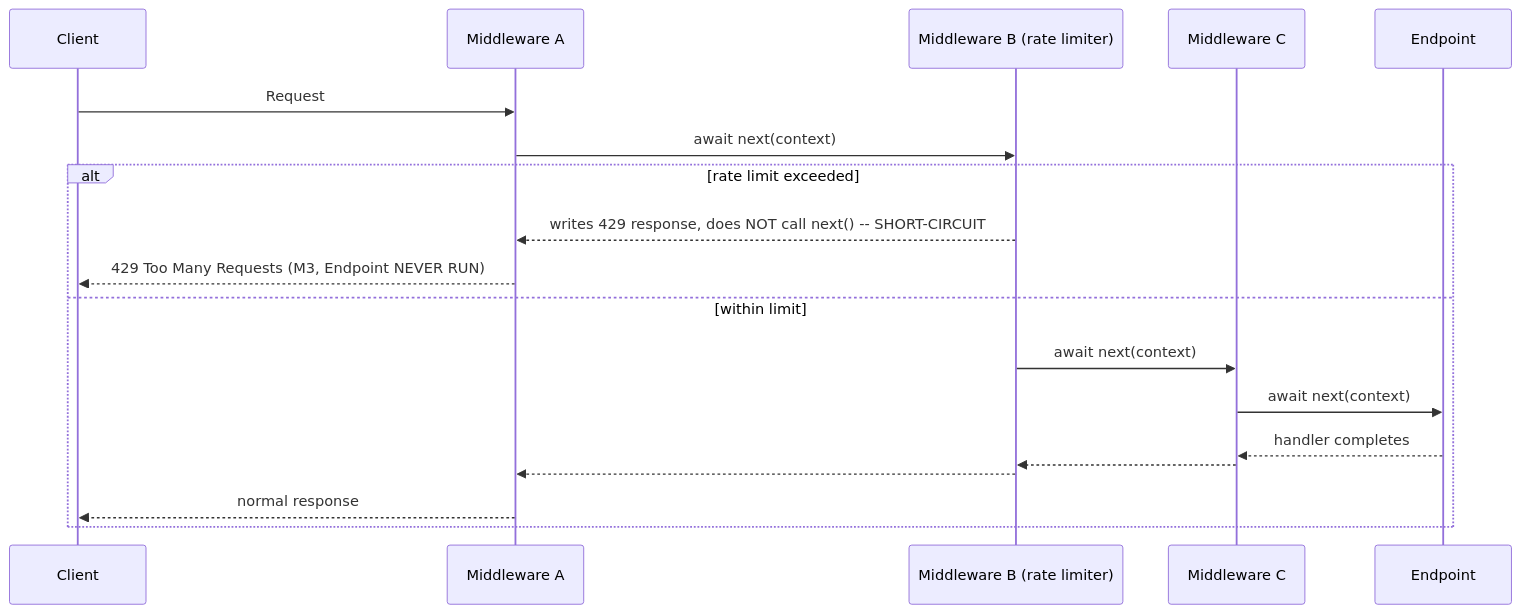
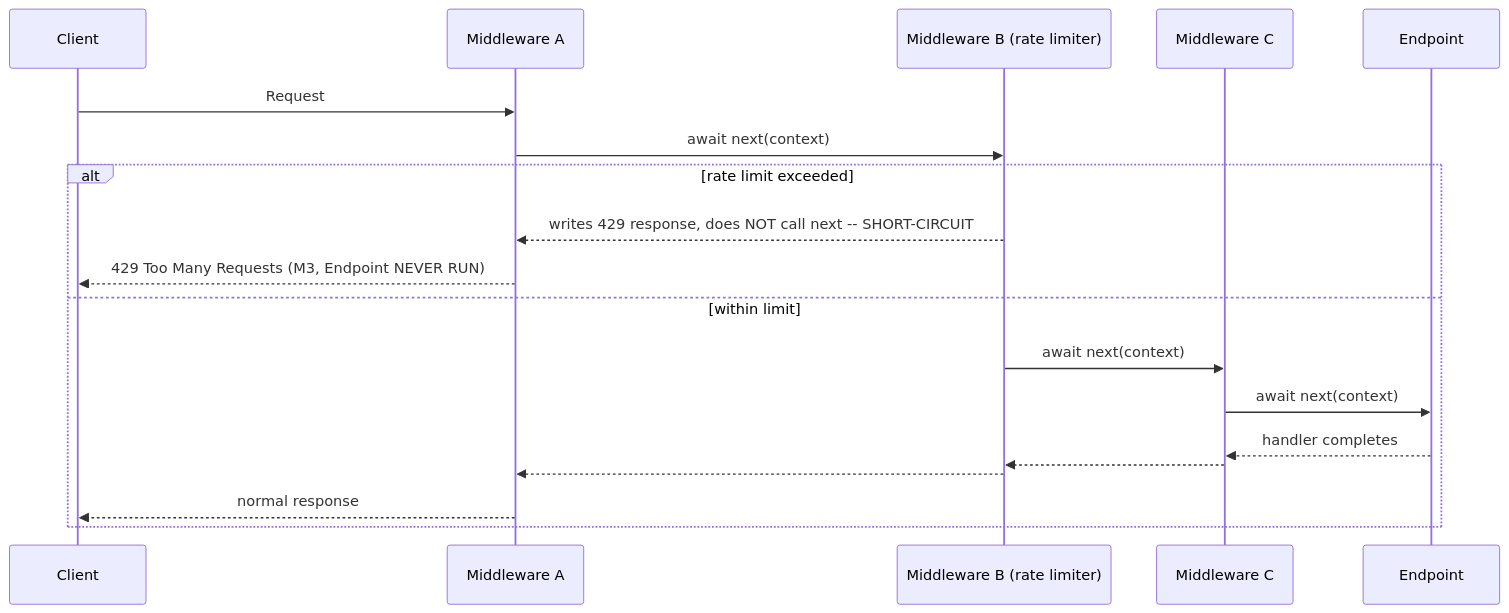
One commit to umashankarp/InterviewQuestions changed the second of 4 diagrams in 02-DotNet-AspNetCore/01-Middleware-Pipeline-Request-Internals.md. Above: the diagram before and after it, drawn with Mermaid. The commit also changed other lines of this file and 173 other files, not shown here.

````diff
--- a/02-DotNet-AspNetCore/01-Middleware-Pipeline-Request-Internals.md
+++ b/02-DotNet-AspNetCore/01-Middleware-Pipeline-Request-Internals.md
@@ -143,22 +143,22 @@
 ```mermaid
 sequenceDiagram
-    participant C as Client
-    participant M1 as Middleware A
-    participant M2 as Middleware B (rate limiter)
-    participant M3 as Middleware C
-    participant E as Endpoint
+ participant C as Client
+ participant M1 as Middleware A
+ participant M2 as Middleware B (rate limiter)
+ participant M3 as Middleware C
+ participant E as Endpoint
 
-    C->>M1: Request
-    M1->>M2: await next(context)
-    alt rate limit exceeded
-        M2-->>M1: writes 429 response, does NOT call next() -- SHORT-CIRCUIT
-        M1-->>C: 429 Too Many Requests (M3, Endpoint NEVER RUN)
-    else within limit
-        M2->>M3: await next(context)
-        M3->>E: await next(context)
-        E-->>M3: handler completes
-        M3-->>M2: 
-        M2-->>M1: 
-        M1-->>C: normal response
-    end
+ C->>M1: Request
+ M1->>M2: await next(context)
+ alt rate limit exceeded
+ M2-->>M1: writes 429 response, does NOT call next -- SHORT-CIRCUIT
+ M1-->>C: 429 Too Many Requests (M3, Endpoint NEVER RUN)
+ else within limit
+ M2->>M3: await next(context)
+ M3->>E: await next(context)
+ E-->>M3: handler completes
+ M3-->>M2: 
+ M2-->>M1: 
+ M1-->>C: normal response
+ end
 ```
````
